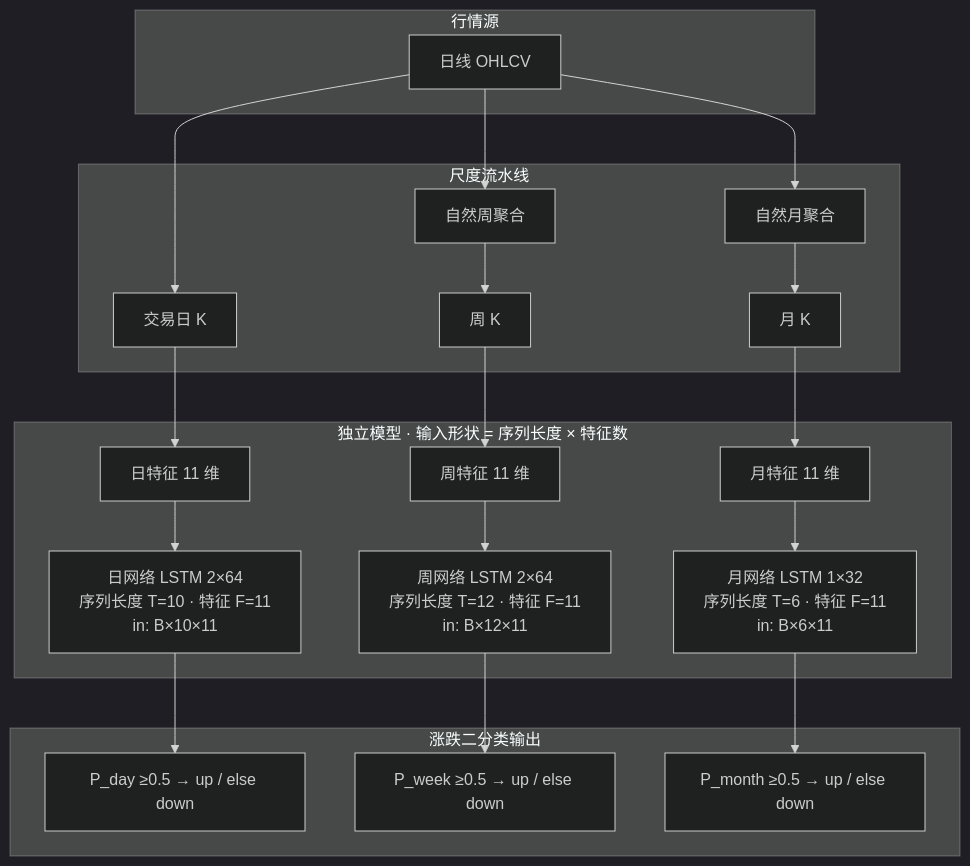
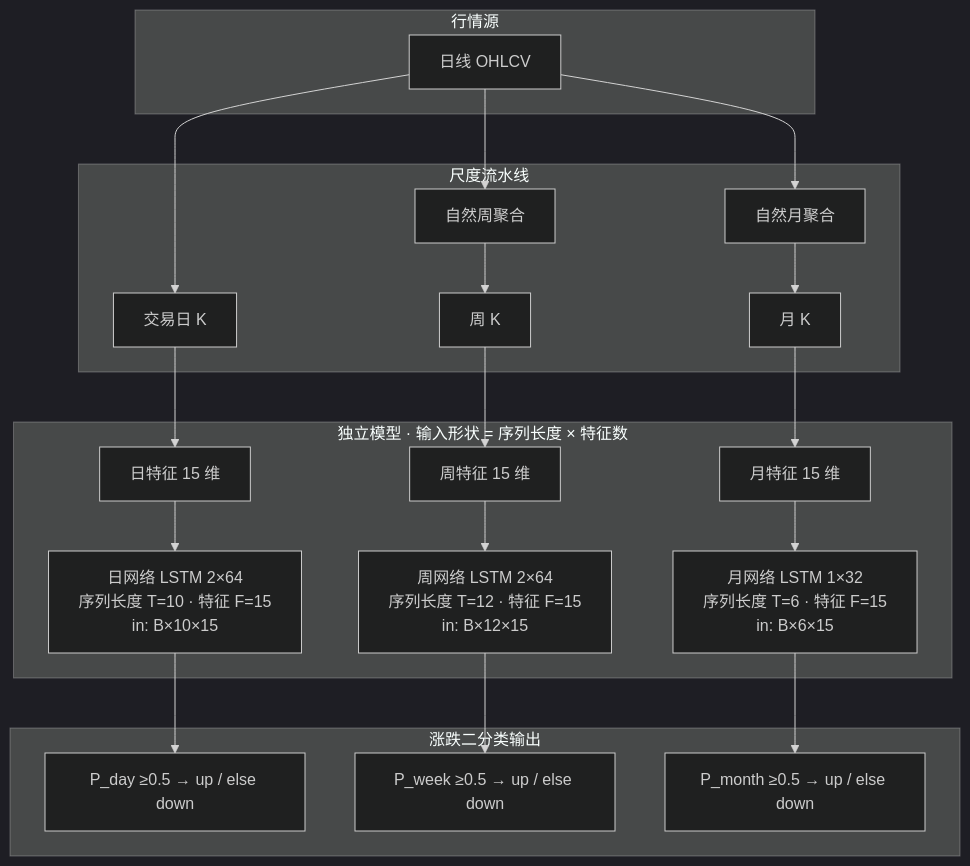
Before and after one commit to fanqingsong/stock_predictive: the first of 11 diagrams in docs/model-architecture.md, drawn with Mermaid (dark theme). The commit also changed other lines of this file and 7 other files, not shown here.

First line of the commit message:
Add market-benchmark relative features and bump feature schema to v6-scale.

````diff
--- a/docs/model-architecture.md
+++ b/docs/model-architecture.md
@@ -25,29 +25,29 @@
 ```mermaid
 flowchart TB
   subgraph source [行情源]
     D[日线 OHLCV]
   end
 
   subgraph pipes [尺度流水线]
     D --> DayBars[交易日 K]
     D --> WAgg[自然周聚合]
     D --> MAgg[自然月聚合]
     WAgg --> WeekBars[周 K]
     MAgg --> MonthBars[月 K]
   end
 
   subgraph models [独立模型 · 输入形状 = 序列长度 × 特征数]
-    DayBars --> FeatD["日特征 11 维"]
-    WeekBars --> FeatW["周特征 11 维"]
-    MonthBars --> FeatM["月特征 11 维"]
-    FeatD --> NetD["日网络 LSTM 2×64<br/>序列长度 T=10 · 特征 F=11<br/>in: B×10×11"]
-    FeatW --> NetW["周网络 LSTM 2×64<br/>序列长度 T=12 · 特征 F=11<br/>in: B×12×11"]
-    FeatM --> NetM["月网络 LSTM 1×32<br/>序列长度 T=6 · 特征 F=11<br/>in: B×6×11"]
+    DayBars --> FeatD["日特征 15 维"]
+    WeekBars --> FeatW["周特征 15 维"]
+    MonthBars --> FeatM["月特征 15 维"]
+    FeatD --> NetD["日网络 LSTM 2×64<br/>序列长度 T=10 · 特征 F=15<br/>in: B×10×15"]
+    FeatW --> NetW["周网络 LSTM 2×64<br/>序列长度 T=12 · 特征 F=15<br/>in: B×12×15"]
+    FeatM --> NetM["月网络 LSTM 1×32<br/>序列长度 T=6 · 特征 F=15<br/>in: B×6×15"]
   end
 
   subgraph outs [涨跌二分类输出]
     NetD --> OutD["P_day ≥0.5 → up / else down"]
     NetW --> OutW["P_week ≥0.5 → up / else down"]
     NetM --> OutM["P_month ≥0.5 → up / else down"]
   end
 ```
````
